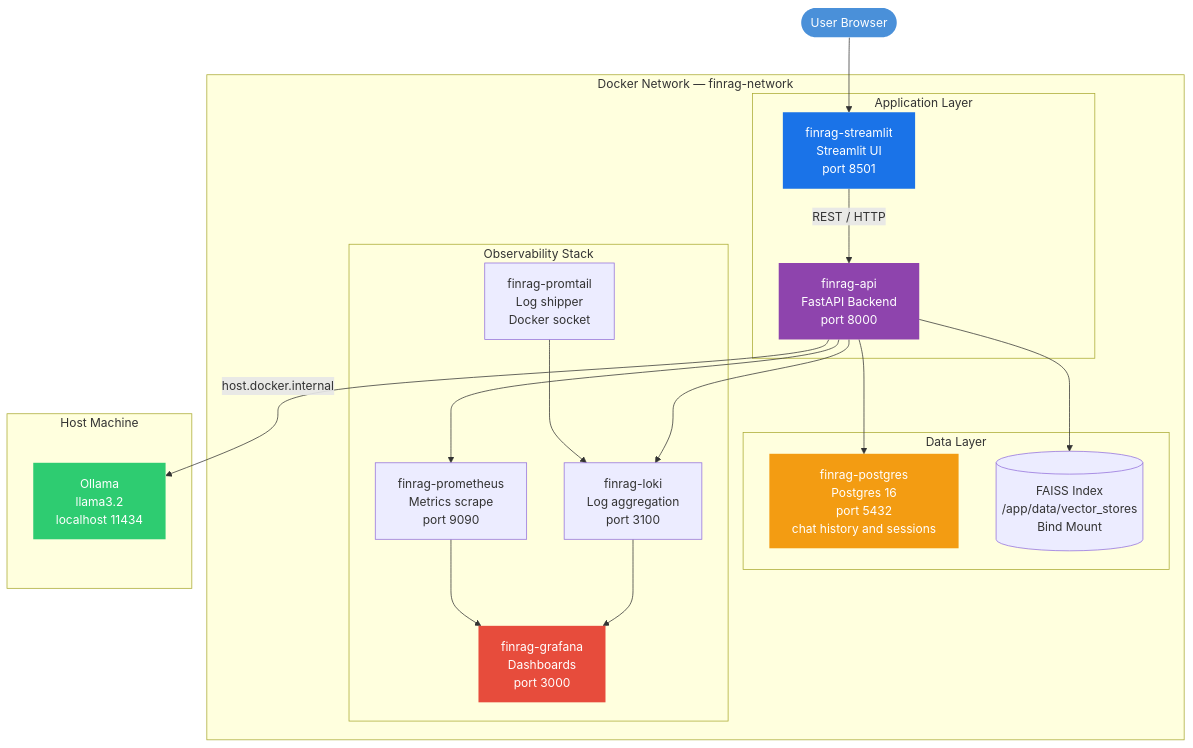
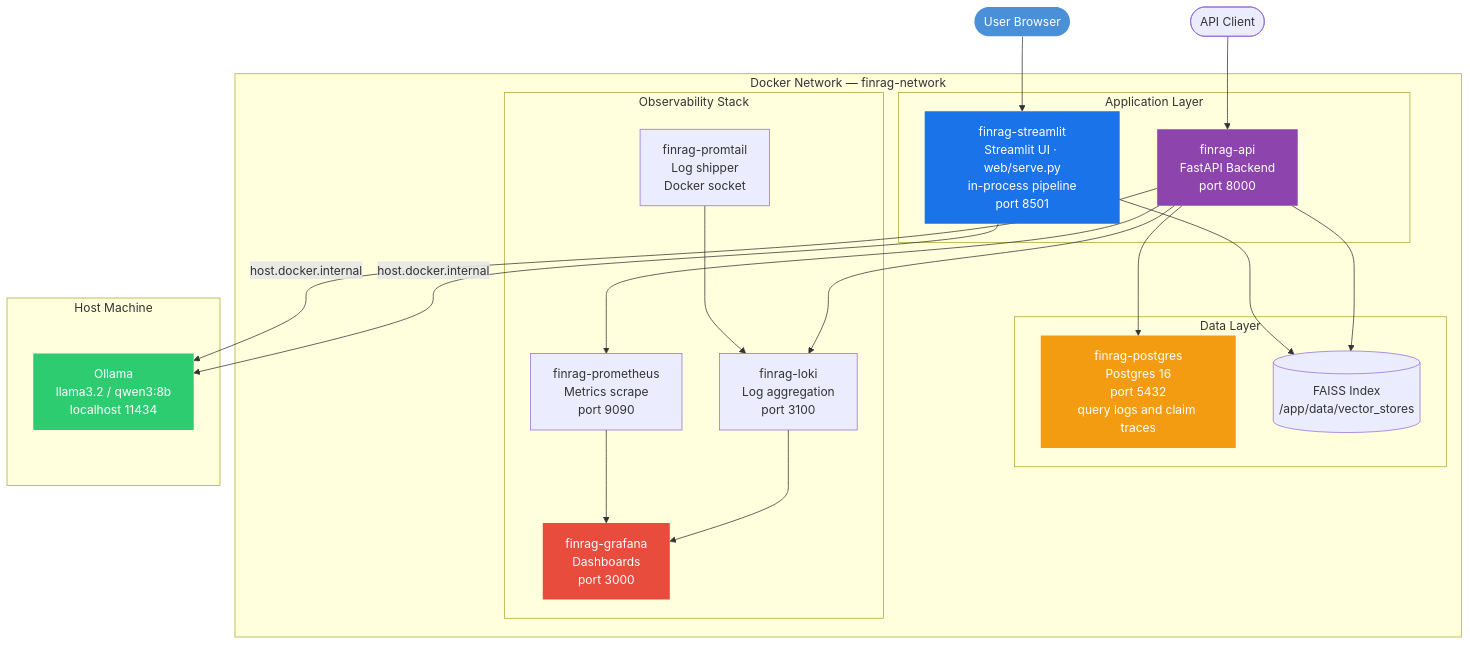
The fifth of 5 diagrams in README.md (Etrlnx/FIEND), drawn with Mermaid before and after one commit. The commit also changed other lines of this file and 2 other files, not shown here.

Commit message:
docs: realign README and knowledge graph with the current system

````diff
--- a/README.md
+++ b/README.md
@@ -169,46 +169,49 @@
 ```mermaid
 flowchart TD
     USER(["User Browser"]) --> UI
+    CLIENT(["API Client"]) --> API
 
     subgraph DOCKER["Docker Network — finrag-network"]
 
         subgraph APP["Application Layer"]
-            UI["finrag-streamlit\nStreamlit UI\nport 8501"]
+            UI["finrag-streamlit\nStreamlit UI · web/serve.py\nin-process pipeline\nport 8501"]
             API["finrag-api\nFastAPI Backend\nport 8000"]
-            UI -- "REST / HTTP" --> API
         end
 
         subgraph DATA["Data Layer"]
-            PG["finrag-postgres\nPostgres 16\nport 5432\nchat history and sessions"]
-            FS[("FAISS Index\n/app/data/vector_stores\nBind Mount")]
+            PG["finrag-postgres\nPostgres 16\nport 5432\nquery logs and claim traces"]
+            FS[("FAISS Index\n/app/data/vector_stores")]
         end
+
+        UI --> FS
 
         subgraph OBS["Observability Stack"]
             PROM["finrag-prometheus\nMetrics scrape\nport 9090"]
             LOKI["finrag-loki\nLog aggregation\nport 3100"]
             PT2["finrag-promtail\nLog shipper\nDocker socket"]
             GRAF["finrag-grafana\nDashboards\nport 3000"]
             PT2 --> LOKI
             PROM --> GRAF
             LOKI --> GRAF
         end
 
         API --> PG
         API --> FS
         API --> PROM
         API --> LOKI
     end
 
     subgraph HOST["Host Machine"]
-        OLL_HOST["Ollama\nllama3.2\nlocalhost 11434"]
+        OLL_HOST["Ollama\nllama3.2 / qwen3:8b\nlocalhost 11434"]
     end
 
     API -- "host.docker.internal" --> OLL_HOST
+    UI -- "host.docker.internal" --> OLL_HOST
 
     style USER fill:#4A90D9,color:#fff,stroke:none
     style OLL_HOST fill:#2ECC71,color:#fff,stroke:none
     style PG fill:#F39C12,color:#fff,stroke:none
     style GRAF fill:#E74C3C,color:#fff,stroke:none
     style API fill:#8E44AD,color:#fff,stroke:none
     style UI fill:#1A73E8,color:#fff,stroke:none
 ```
````
